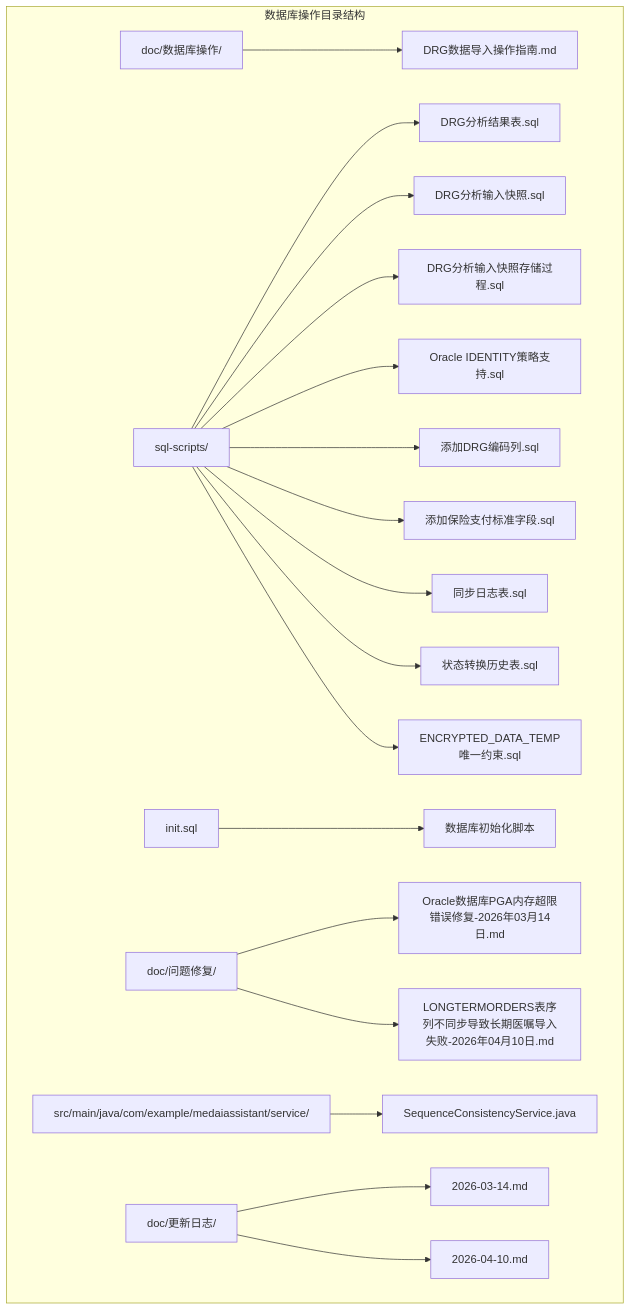
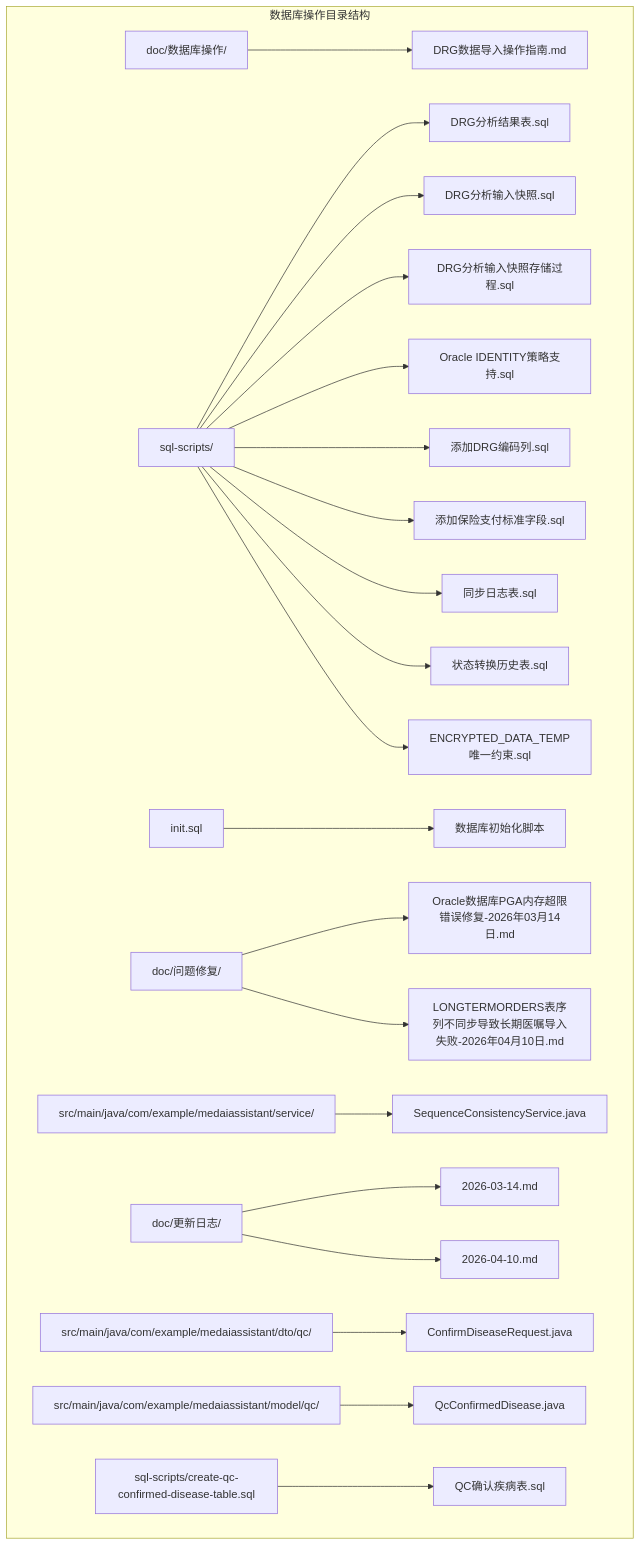
Before and after one commit to liuzh2008/med_ai_assistant_workspace: the first of 21 diagrams in .qoder/repowiki/zh/content/Database Operations.md, drawn with Mermaid. The commit also changed other lines of this file and 4 other files, not shown here.

````diff
--- a/.qoder/repowiki/zh/content/Database Operations.md
+++ b/.qoder/repowiki/zh/content/Database Operations.md
@@ -51,21 +55,24 @@
 ```mermaid
 graph TB
 subgraph "数据库操作目录结构"
 A[doc/数据库操作/] --> A1[DRG数据导入操作指南.md]
 B[sql-scripts/] --> B1[DRG分析结果表.sql]
 B --> B2[DRG分析输入快照.sql]
 B --> B3[DRG分析输入快照存储过程.sql]
 B --> B4[Oracle IDENTITY策略支持.sql]
 B --> B5[添加DRG编码列.sql]
 B --> B6[添加保险支付标准字段.sql]
 B --> B7[同步日志表.sql]
 B --> B8[状态转换历史表.sql]
 B --> B9[ENCRYPTED_DATA_TEMP唯一约束.sql]
 C[init.sql] --> C1[数据库初始化脚本]
 D[doc/问题修复/] --> D1[Oracle数据库PGA内存超限错误修复-2026年03月14日.md]
 D --> D2[LONGTERMORDERS表序列不同步导致长期医嘱导入失败-2026年04月10日.md]
 E[src/main/java/com/example/medaiassistant/service/] --> E1[SequenceConsistencyService.java]
 F[doc/更新日志/] --> F1[2026-03-14.md]
 F --> F2[2026-04-10.md]
+G[src/main/java/com/example/medaiassistant/dto/qc/] --> G1[ConfirmDiseaseRequest.java]
+H[src/main/java/com/example/medaiassistant/model/qc/] --> H1[QcConfirmedDisease.java]
+I[sql-scripts/create-qc-confirmed-disease-table.sql] --> I1[QC确认疾病表.sql]
 end
 ```
````
